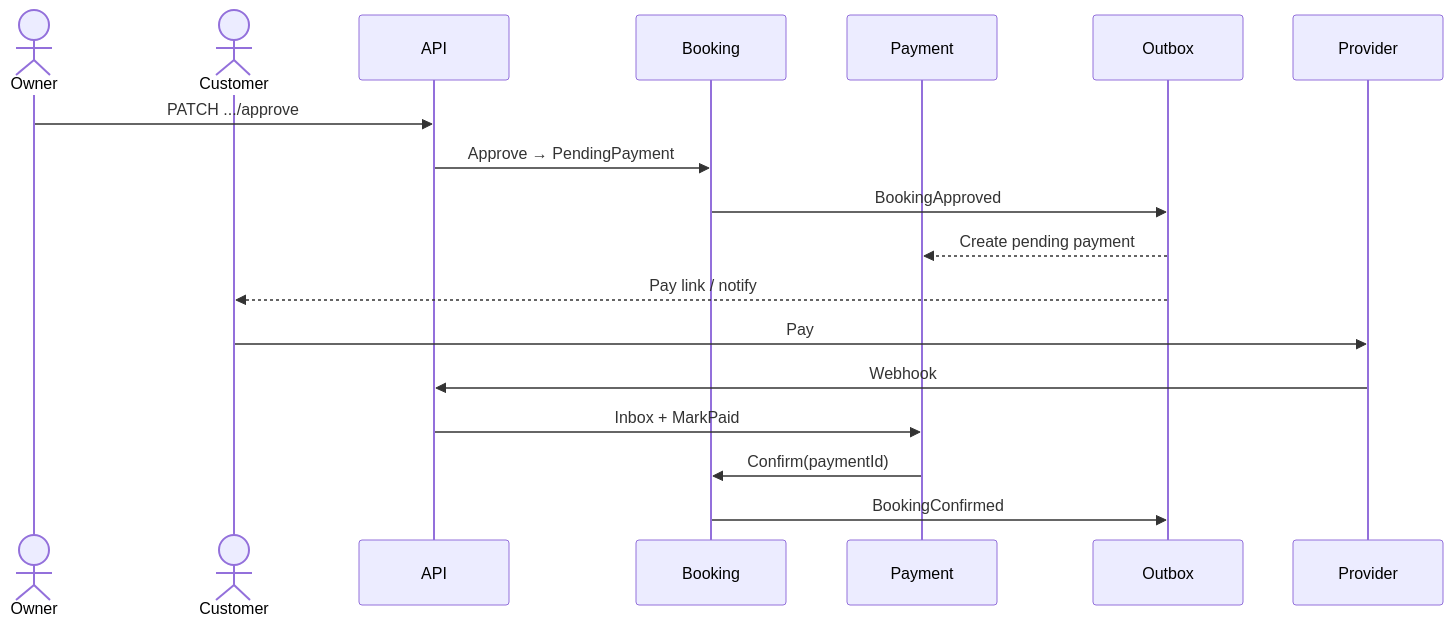
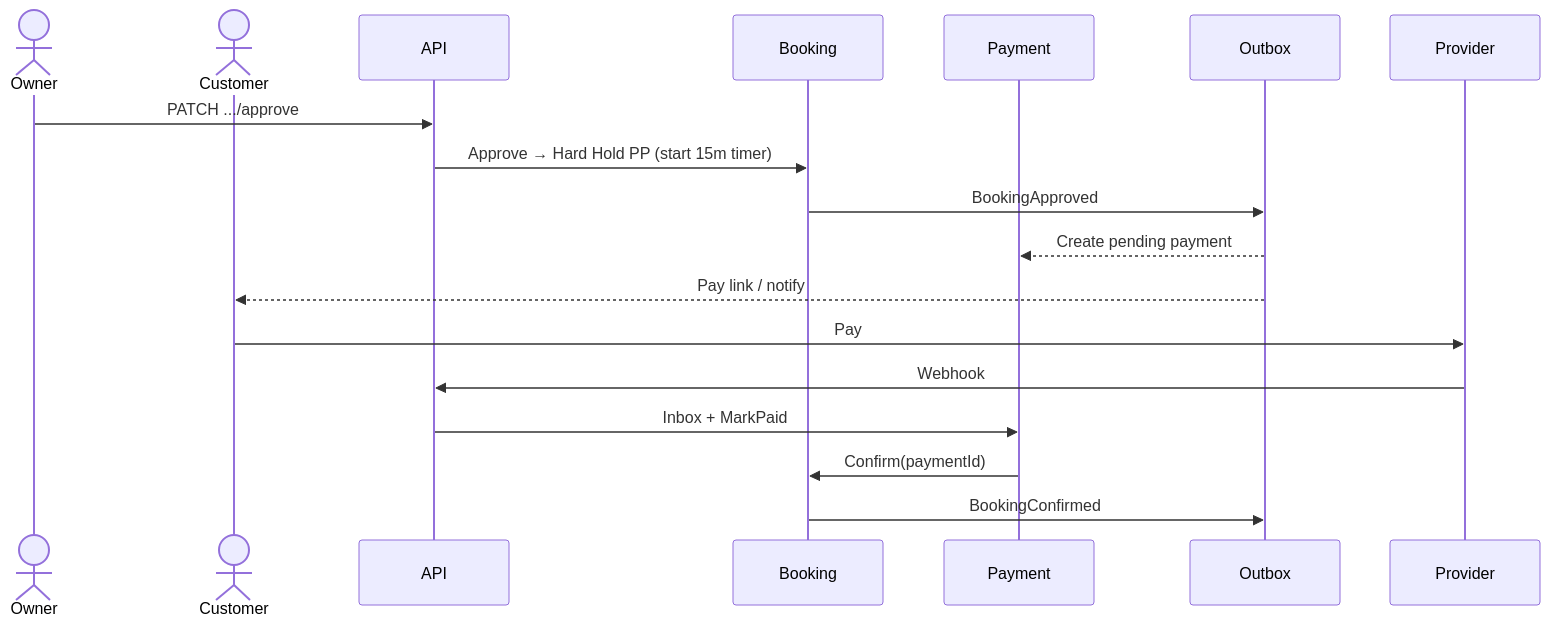
The second of 3 diagrams in docs/booking/07-sequence-diagrams.md (mrad-ibra/eHub-platform), drawn with Mermaid before and after one commit. The commit also changed other lines of this file and 16 other files, not shown here.

````diff
--- a/docs/booking/07-sequence-diagrams.md
+++ b/docs/booking/07-sequence-diagrams.md
@@ -35,21 +35,21 @@
 ```mermaid
 sequenceDiagram
   actor Owner
   actor Customer
   participant API
   participant Booking
   participant Payment
   participant Outbox
   participant Provider
 
   Owner->>API: PATCH .../approve
-  API->>Booking: Approve → PendingPayment
+  API->>Booking: Approve → Hard Hold PP (start 15m timer)
   Booking->>Outbox: BookingApproved
   Outbox-->>Payment: Create pending payment
   Outbox-->>Customer: Pay link / notify
   Customer->>Provider: Pay
   Provider->>API: Webhook
   API->>Payment: Inbox + MarkPaid
   Payment->>Booking: Confirm(paymentId)
   Booking->>Outbox: BookingConfirmed
 ```
````
